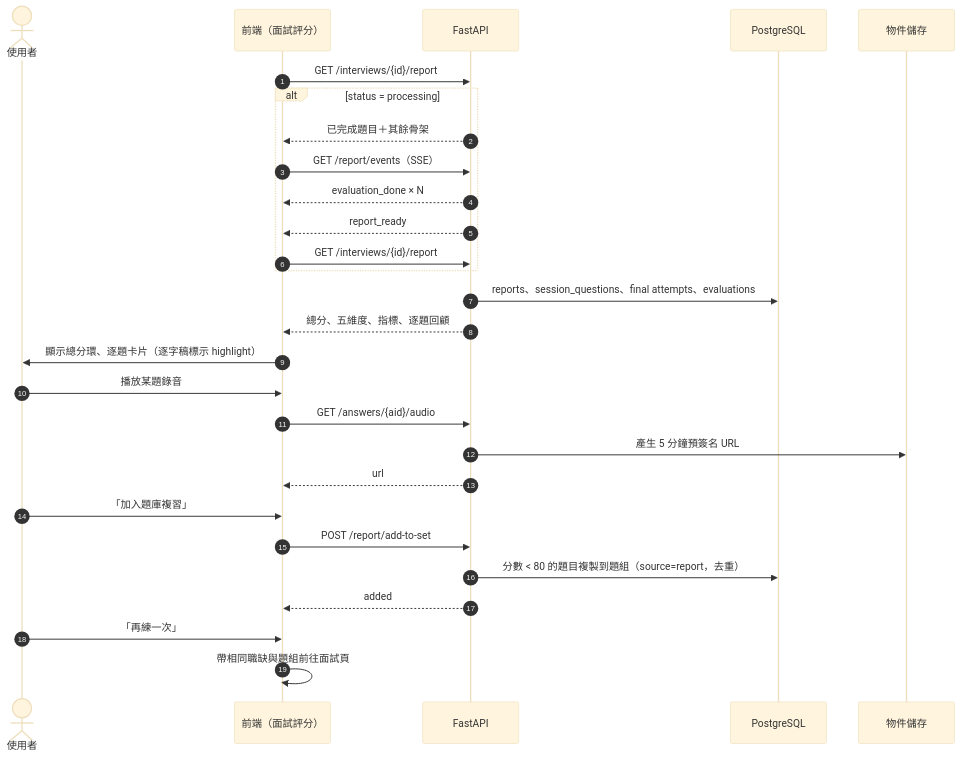
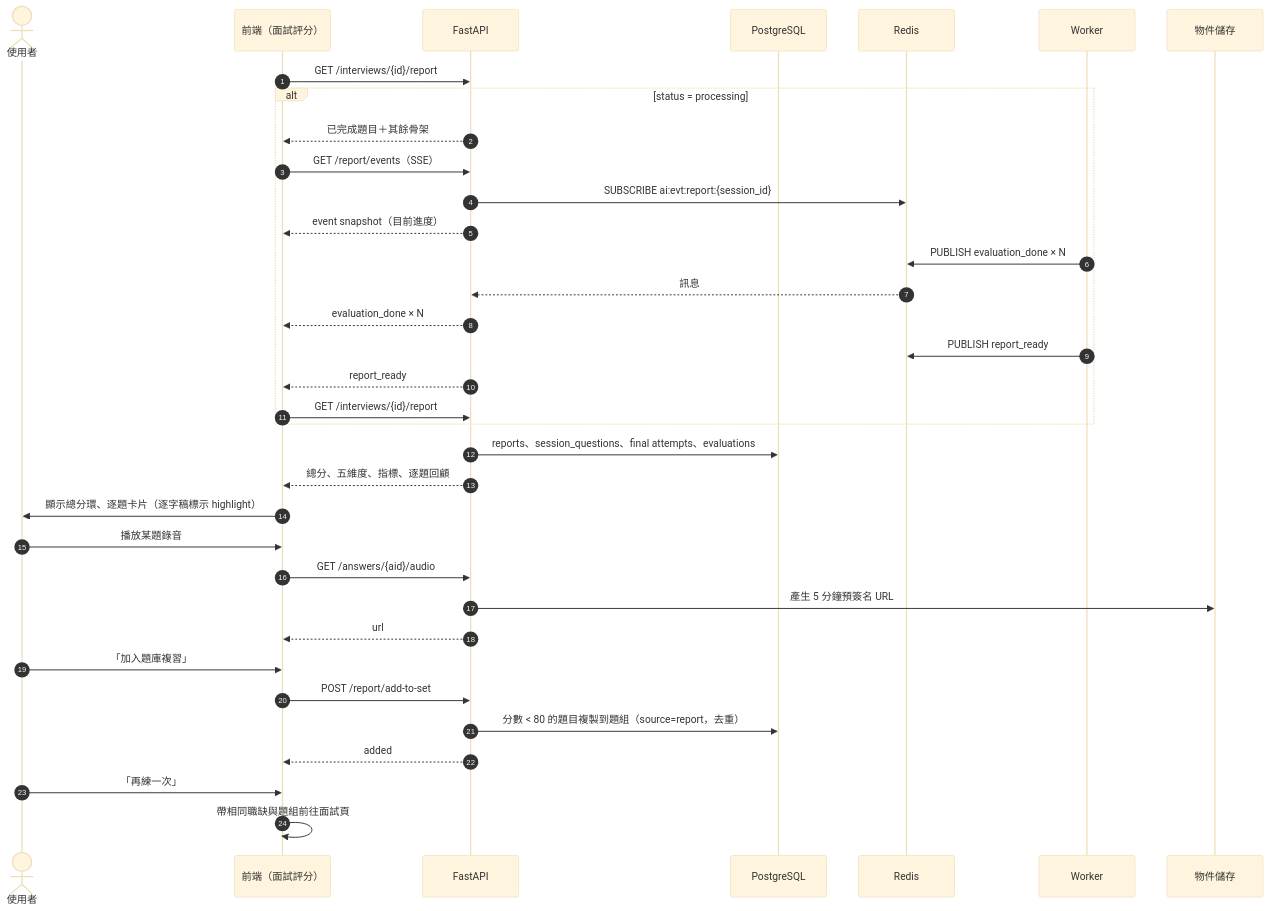
Before and after one commit to WilliamTsai1227/AI_Interview: diagram 22 of 28 in spec/flows.md, drawn with Mermaid (base theme). The commit also changed other lines of this file and 3 other files, not shown here.

````diff
--- a/spec/flows.md
+++ b/spec/flows.md
@@ -656,31 +671,38 @@
 ```mermaid
 sequenceDiagram
     autonumber
     actor U as 使用者
     participant FE as 前端（面試評分）
     participant API as FastAPI
     participant DB as PostgreSQL
+    participant RD as Redis
+    participant W as Worker
     participant OBJ as 物件儲存
 
     FE->>API: GET /interviews/{id}/report
     alt status = processing
         API-->>FE: 已完成題目＋其餘骨架
         FE->>API: GET /report/events（SSE）
+        API->>RD: SUBSCRIBE ai:evt:report:{session_id}
+        API-->>FE: event snapshot（目前進度）
+        W->>RD: PUBLISH evaluation_done × N
+        RD-->>API: 訊息
         API-->>FE: evaluation_done × N
+        W->>RD: PUBLISH report_ready
         API-->>FE: report_ready
         FE->>API: GET /interviews/{id}/report
     end
     API->>DB: reports、session_questions、final attempts、evaluations
     API-->>FE: 總分、五維度、指標、逐題回顧
     FE->>U: 顯示總分環、逐題卡片（逐字稿標示 highlight）
     U->>FE: 播放某題錄音
     FE->>API: GET /answers/{aid}/audio
     API->>OBJ: 產生 5 分鐘預簽名 URL
     API-->>FE: url
     U->>FE: 「加入題庫複習」
     FE->>API: POST /report/add-to-set
     API->>DB: 分數 < 80 的題目複製到題組（source=report，去重）
     API-->>FE: added
     U->>FE: 「再練一次」
     FE->>FE: 帶相同職缺與題組前往面試頁
 ```
````
